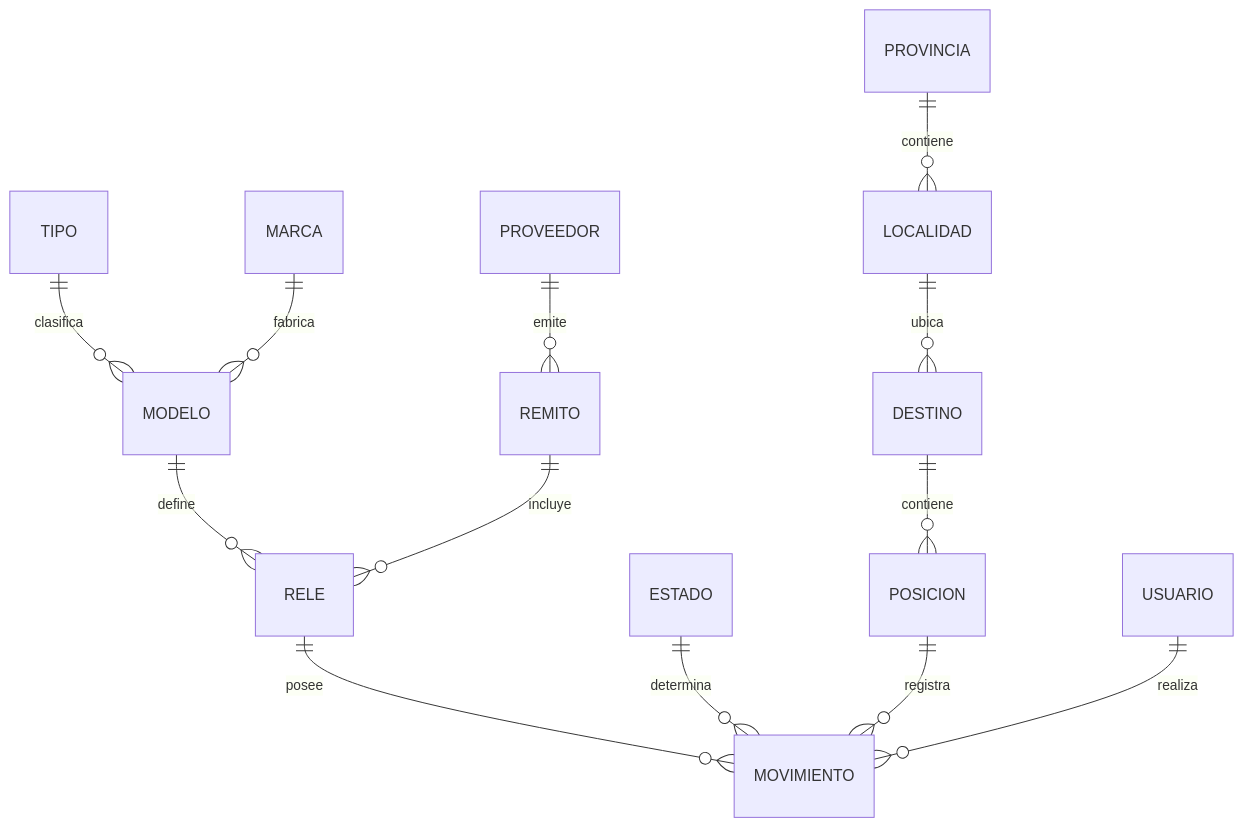
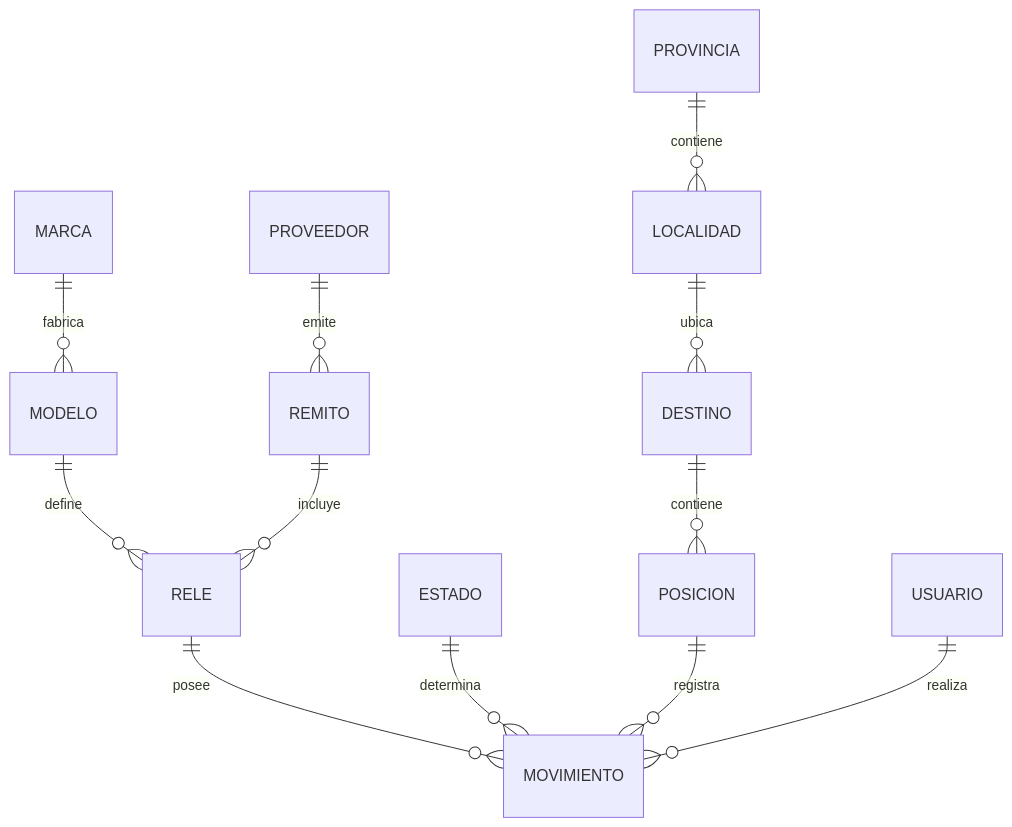
The fifth of 5 diagrams in README.md (Nahuellunacab/protecciones-trazabilidad), drawn with Mermaid before and after one commit. The commit also changed other lines of this file and 2 other files, not shown here.

````diff
--- a/README.md
+++ b/README.md
@@ -271,26 +270,25 @@
 ```mermaid
 erDiagram
 
-    TIPO ||--o{ MODELO : clasifica
     MARCA ||--o{ MODELO : fabrica
 
     MODELO ||--o{ RELE : define
 
     RELE ||--o{ MOVIMIENTO : posee
 
     ESTADO ||--o{ MOVIMIENTO : determina
 
     POSICION ||--o{ MOVIMIENTO : registra
 
     DESTINO ||--o{ POSICION : contiene
 
     LOCALIDAD ||--o{ DESTINO : ubica
 
     PROVINCIA ||--o{ LOCALIDAD : contiene
 
     PROVEEDOR ||--o{ REMITO : emite
 
     REMITO ||--o{ RELE : incluye
 
     USUARIO ||--o{ MOVIMIENTO : realiza
 ```
````
